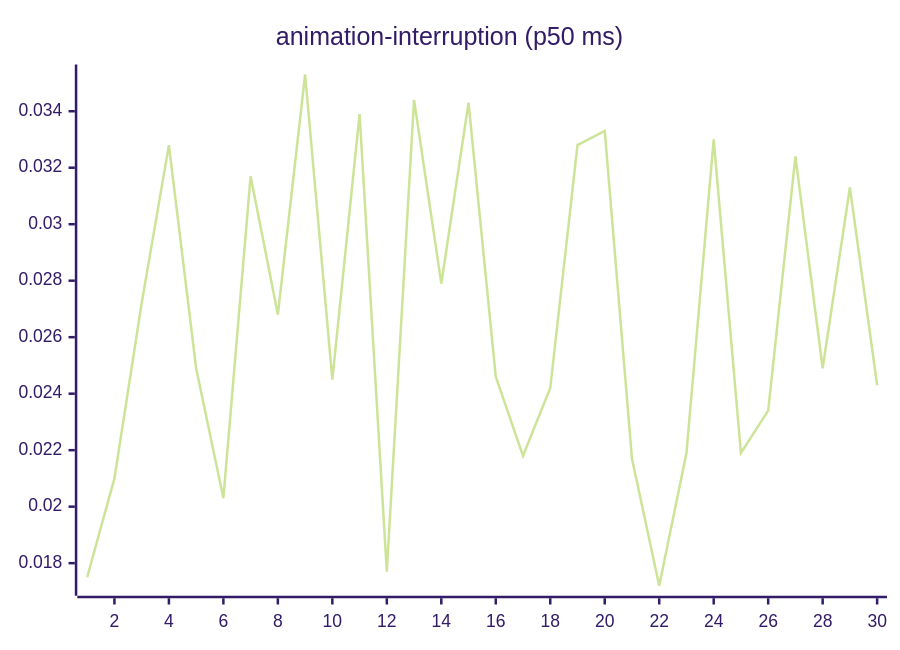
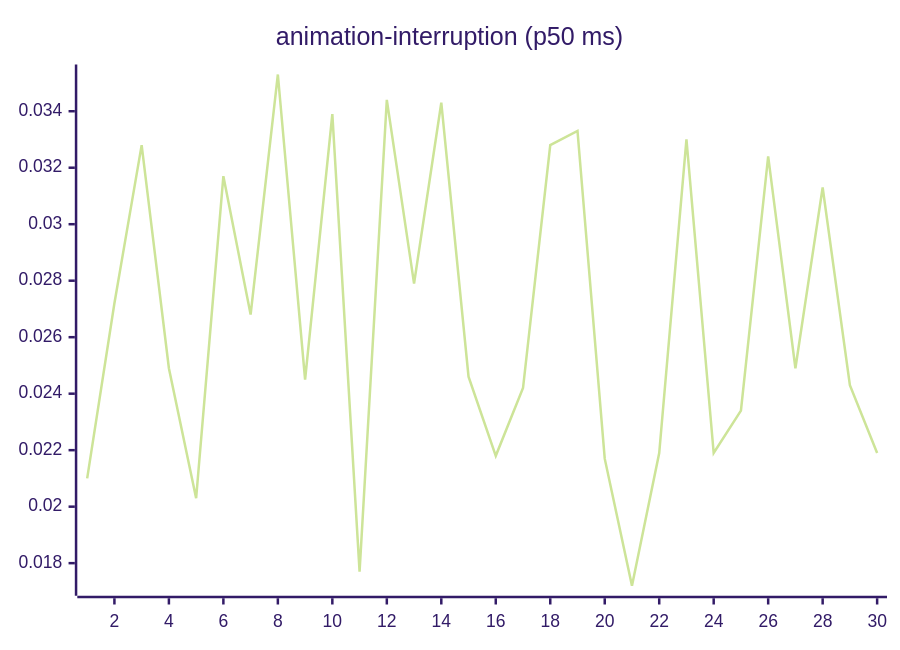
One commit to josha/Facet changed the third of 27 diagrams in README.md. Above: the diagram before and after it, drawn with Mermaid (forest theme). The commit also changed other lines of this file and 2 other files, not shown here.

````diff
--- a/README.md
+++ b/README.md
@@ -77,6 +77,6 @@
 ```mermaid
 xychart-beta
     title "animation-interruption (p50 ms)"
     x-axis 1 --> 30
-    line [0.0175, 0.0210, 0.0272, 0.0328, 0.0249, 0.0203, 0.0317, 0.0268, 0.0353, 0.0245, 0.0339, 0.0177, 0.0344, 0.0279, 0.0343, 0.0246, 0.0218, 0.0242, 0.0328, 0.0333, 0.0217, 0.0172, 0.0219, 0.0330, 0.0219, 0.0234, 0.0324, 0.0249, 0.0313, 0.0243]
+    line [0.0210, 0.0272, 0.0328, 0.0249, 0.0203, 0.0317, 0.0268, 0.0353, 0.0245, 0.0339, 0.0177, 0.0344, 0.0279, 0.0343, 0.0246, 0.0218, 0.0242, 0.0328, 0.0333, 0.0217, 0.0172, 0.0219, 0.0330, 0.0219, 0.0234, 0.0324, 0.0249, 0.0313, 0.0243, 0.0219]
 ```
````
